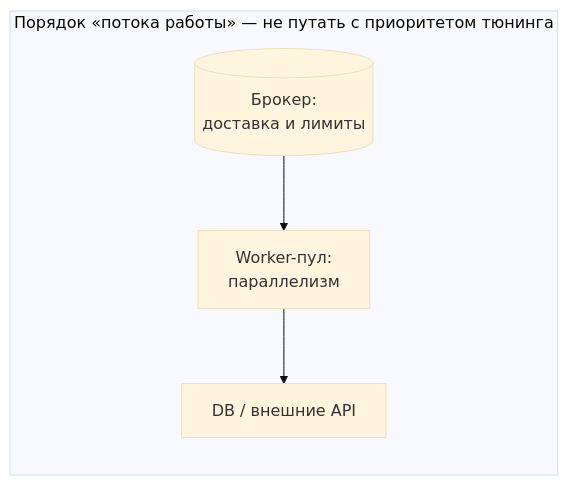
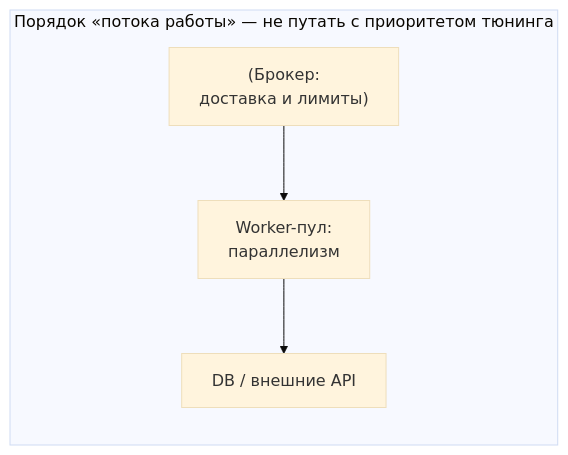
One commit to DDoSKudya/ai-study-atlas changed the fourth of 5 diagrams in directions/services/celery/pact/16_proizvoditelnost_throughput_i_masshtabirovanie/12_16_16_3_strategii_masshtabirovaniya.md. Above: the diagram before and after it, drawn with Mermaid (base theme). The commit also changed other lines of this file and 322 other files, not shown here.

Commit message:
fix(docs): make mermaid diagrams GitHub-compatible across directions content

````diff
--- a/directions/services/celery/pact/16_proizvoditelnost_throughput_i_masshtabirovanie/12_16_16_3_strategii_masshtabirovaniya.md
+++ b/directions/services/celery/pact/16_proizvoditelnost_throughput_i_masshtabirovanie/12_16_16_3_strategii_masshtabirovaniya.md
@@ -237,9 +237,9 @@
 ```mermaid
 flowchart LR
   subgraph chain["Порядок «потока работы» — не путать с приоритетом тюнинга"]
-    Br[(Брокер:<br/>доставка и лимиты)]
-    W[Worker-пул:<br/>параллелизм]
-    D[DB / внешние API]
+    Br["(Брокер:<br/>доставка и лимиты)"]
+    W["Worker-пул:<br/>параллелизм"]
+    D["DB / внешние API"]
   end
   Br --> W --> D
 ```
````
